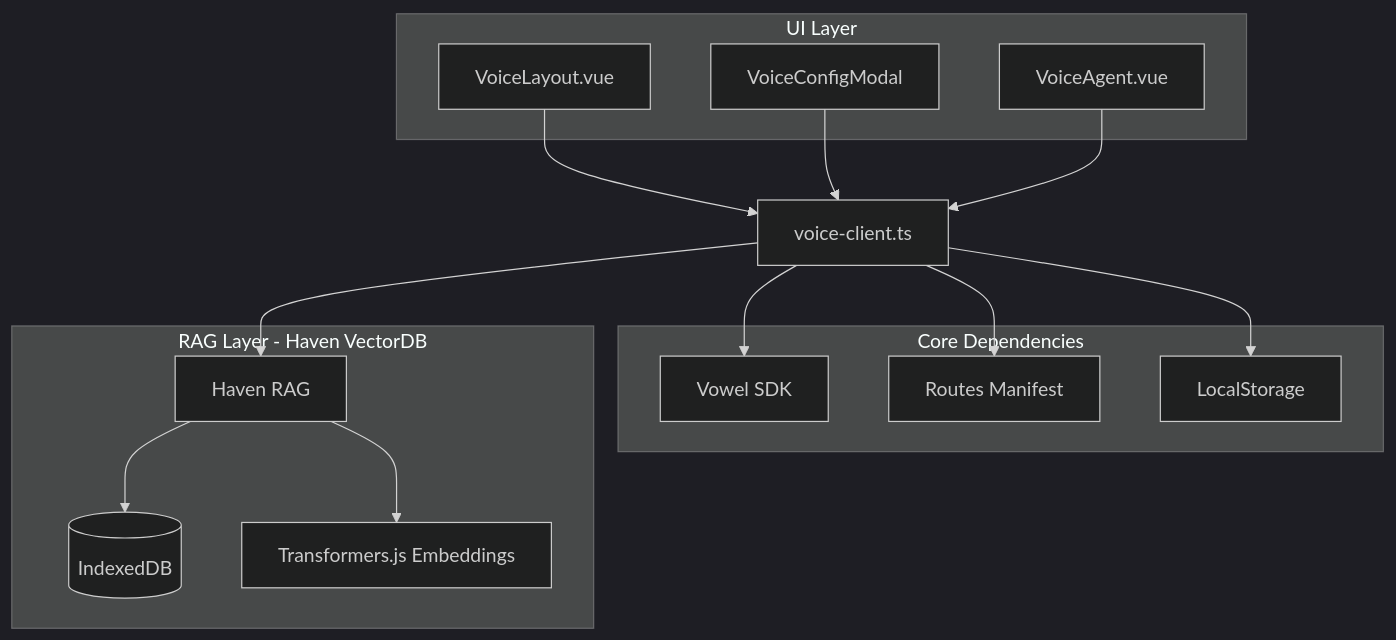
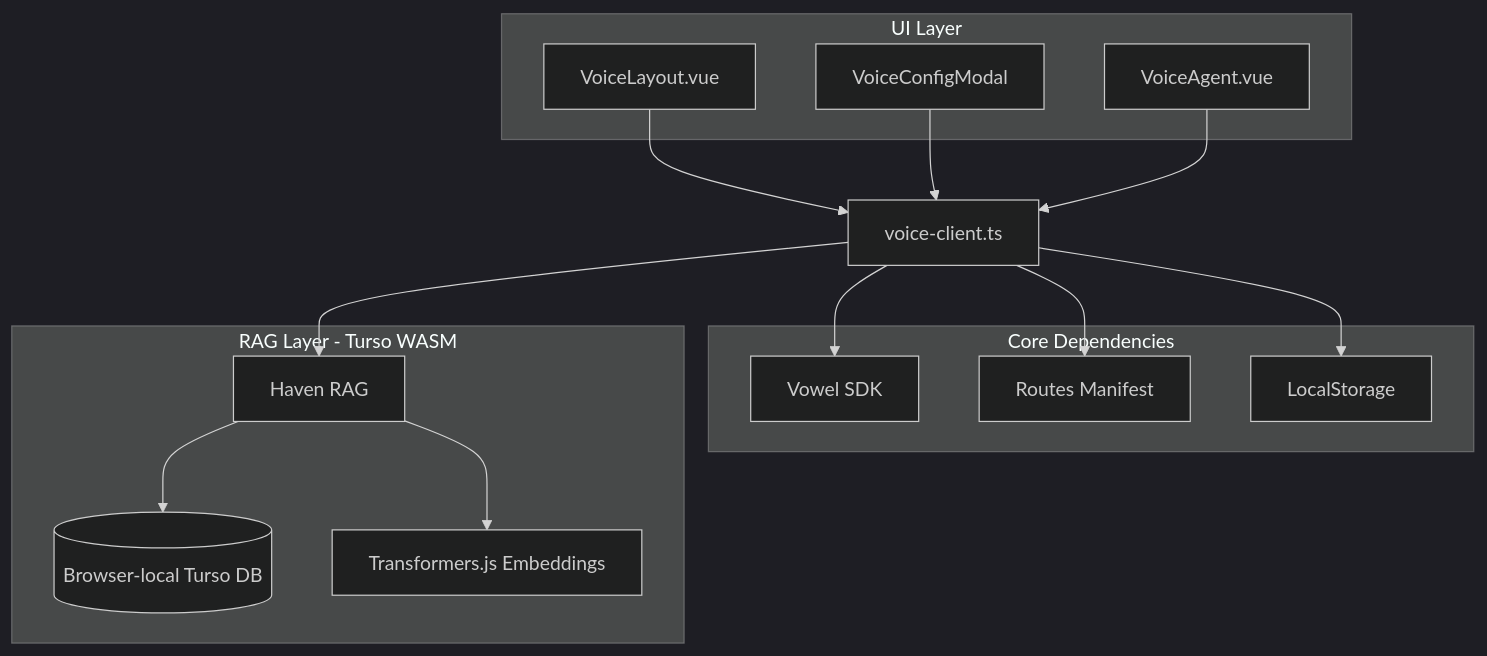
Before and after one commit to usevowel/docs: the first of 2 diagrams in voweldocs-README.md, drawn with Mermaid (dark theme). The commit also changed other lines of this file and 56 other files, not shown here.

First line of the commit message:
feat: add Turso browser-based RAG with prebuilt embeddings (squashed)

````diff
--- a/voweldocs-README.md
+++ b/voweldocs-README.md
@@ -17,30 +17,30 @@
 ```mermaid
 flowchart TB
     VL[VoiceLayout.vue] --> VC[voice-client.ts]
     VCM[VoiceConfigModal] --> VC
     VA[VoiceAgent.vue] --> VC
     VC --> SDK[Vowel SDK]
     VC --> RM[Routes Manifest]
     VC --> LS[LocalStorage]
     VC --> RAG[Haven RAG]
 
     subgraph UI[UI Layer]
         VL
         VCM
         VA
     end
 
     subgraph Deps[Core Dependencies]
         SDK
         RM
         LS
     end
 
-    subgraph RAGLayer[RAG Layer - Haven VectorDB]
+    subgraph RAGLayer[RAG Layer - Turso WASM]
         RAG
-        DB[(IndexedDB)]
+        DB[(Browser-local Turso DB)]
         EMB[Transformers.js Embeddings]
         RAG --> DB
         RAG --> EMB
     end
 ```
````
